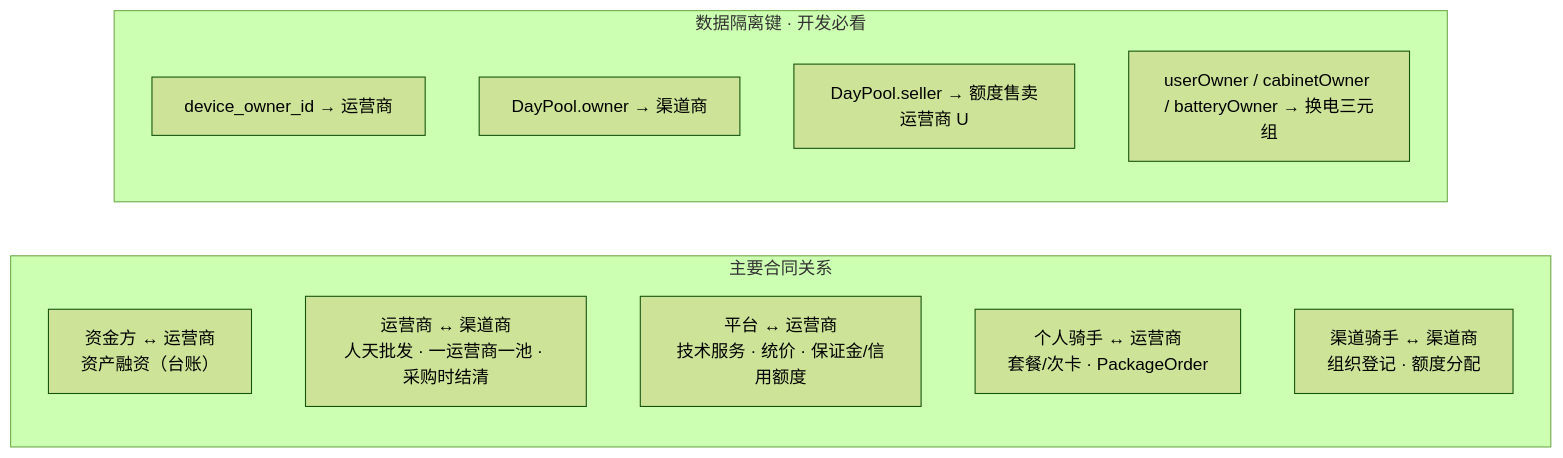
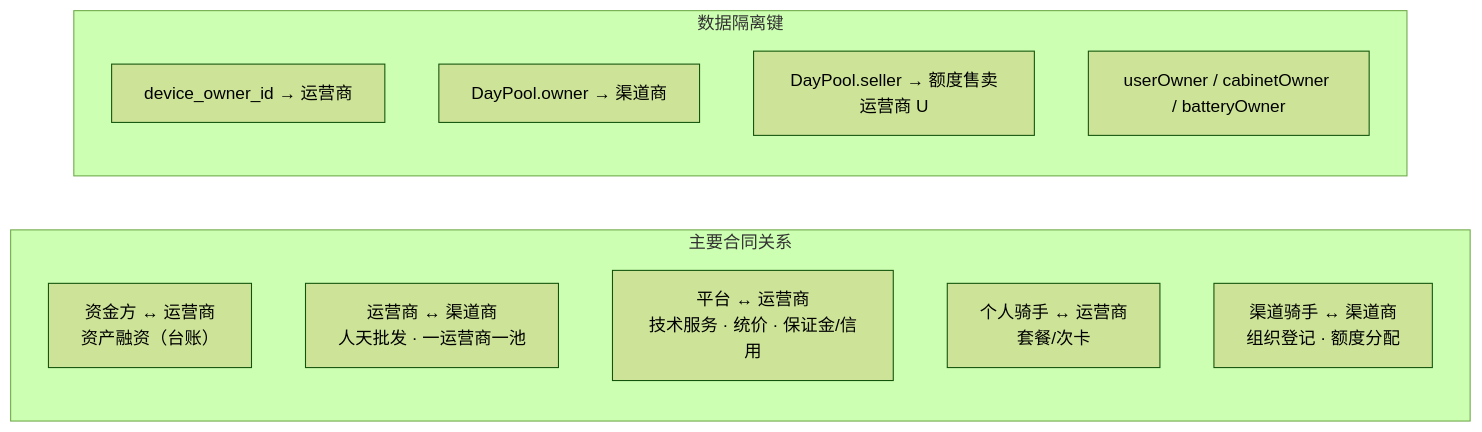
The second of 6 diagrams in docs/documentation/md/业务整体预览图.md (liudali/rider-swap-operator-prototype), drawn with Mermaid (forest theme) before and after one commit. The commit also changed other lines of this file and 102 other files, not shown here.

````diff
--- a/docs/documentation/md/业务整体预览图.md
+++ b/docs/documentation/md/业务整体预览图.md
@@ -99,17 +208,16 @@
 ```mermaid
 flowchart LR
   subgraph contracts [主要合同关系]
     L1["资金方 ↔ 运营商<br/>资产融资（台账）"]
-    L2["运营商 ↔ 渠道商<br/>人天批发 · 一运营商一池 · 采购时结清"]
-    L4["平台 ↔ 运营商<br/>技术服务 · 统价 · 保证金/信用额度"]
-    L5["个人骑手 ↔ 运营商<br/>套餐/次卡 · PackageOrder"]
+    L2["运营商 ↔ 渠道商<br/>人天批发 · 一运营商一池"]
+    L4["平台 ↔ 运营商<br/>技术服务 · 统价 · 保证金/信用"]
+    L5["个人骑手 ↔ 运营商<br/>套餐/次卡"]
     L6["渠道骑手 ↔ 渠道商<br/>组织登记 · 额度分配"]
   end
-
-  subgraph data_owner [数据隔离键 · 开发必看]
+  subgraph data_owner [数据隔离键]
     D1["device_owner_id → 运营商"]
     D2["DayPool.owner → 渠道商"]
     D3["DayPool.seller → 额度售卖运营商 U"]
-    D4["userOwner / cabinetOwner / batteryOwner → 换电三元组"]
+    D4["userOwner / cabinetOwner / batteryOwner"]
   end
 ```
````
